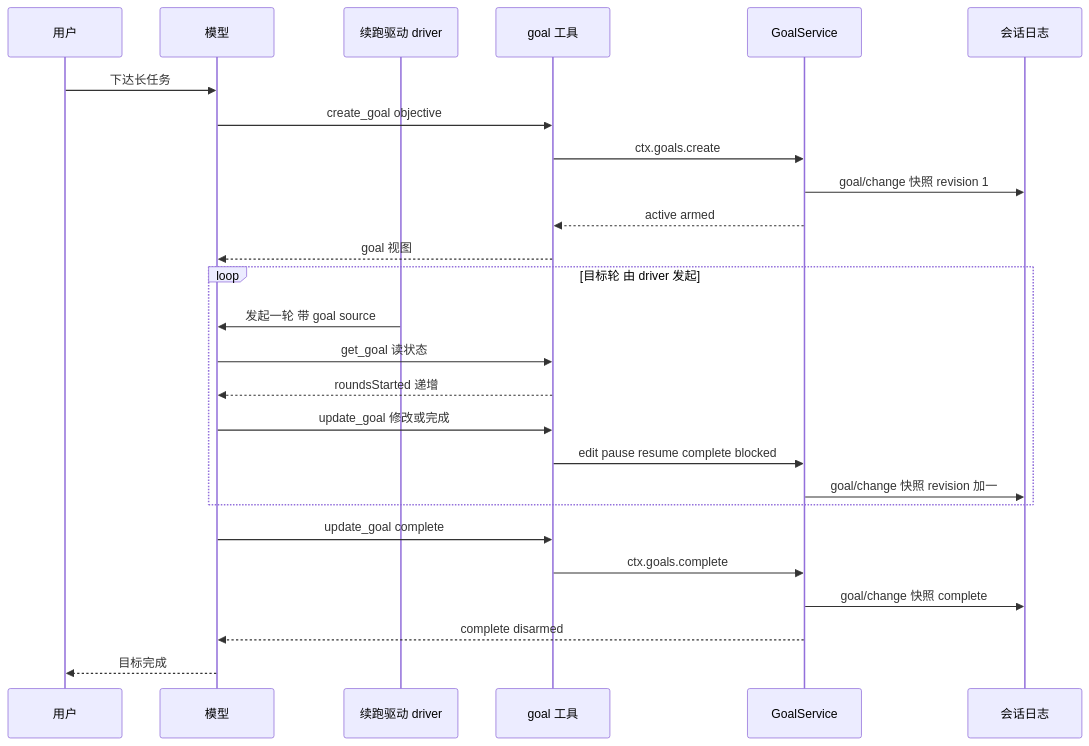
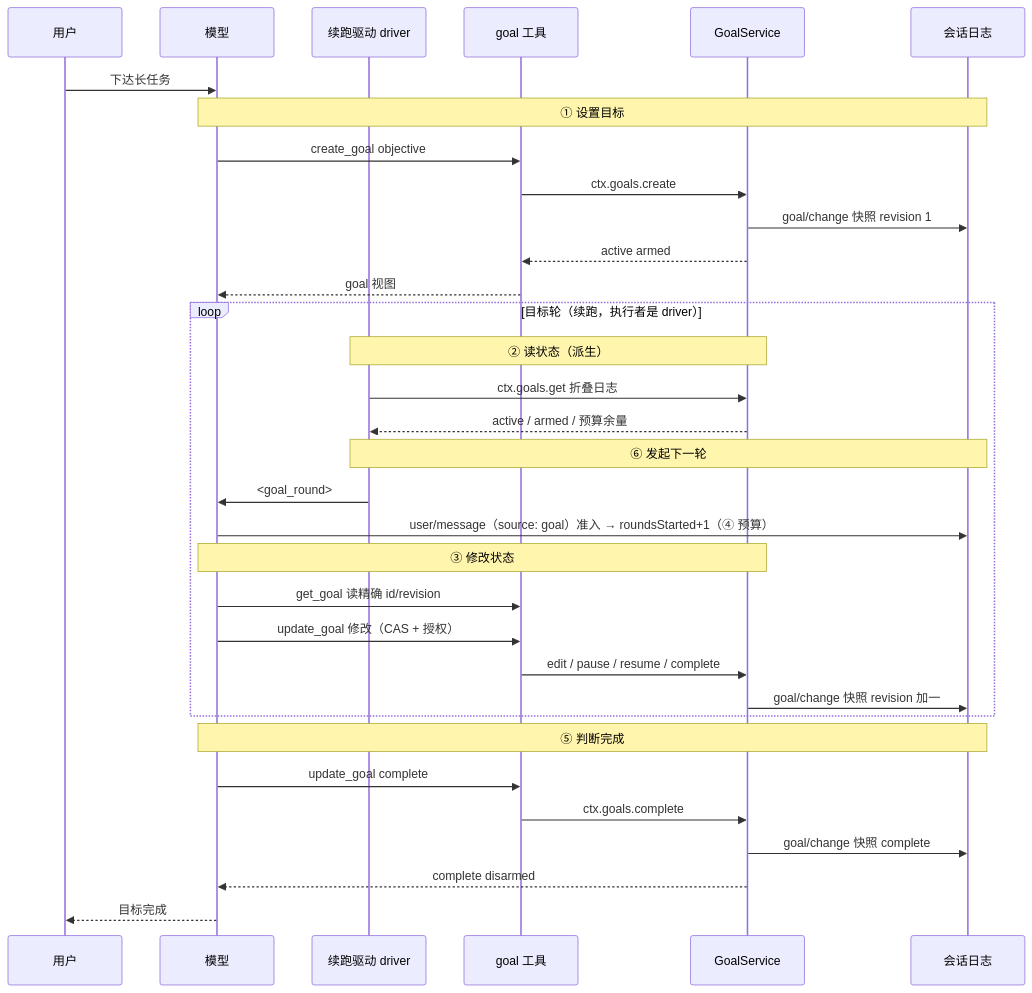
One commit to kakaCat/learn-dh changed the first of 5 diagrams in 04-实现/blog-20-goal/blog.md. Above: the diagram before and after it, drawn with Mermaid. The commit also changed other lines of this file and 43 other files, not shown here.

````diff
--- a/04-实现/blog-20-goal/blog.md
+++ b/04-实现/blog-20-goal/blog.md
@@ -79,31 +120,38 @@
 ```mermaid
 sequenceDiagram
     participant U as 用户
     participant M as 模型
     participant D as 续跑驱动 driver
     participant T as goal 工具
     participant S as GoalService
     participant L as 会话日志
 
     U->>M: 下达长任务
+    Note over M,L: ① 设置目标
     M->>T: create_goal objective
     T->>S: ctx.goals.create
     S->>L: goal/change 快照 revision 1
     S-->>T: active armed
     T-->>M: goal 视图
 
-    loop 目标轮 由 driver 发起
-        D->>M: 发起一轮 带 goal source
-        M->>T: get_goal 读状态
-        T-->>M: roundsStarted 递增
-        M->>T: update_goal 修改或完成
-        T->>S: edit pause resume complete blocked
+    loop 目标轮（续跑，执行者是 driver）
+        Note over D,S: ② 读状态（派生）
+        D->>S: ctx.goals.get 折叠日志
+        S-->>D: active / armed / 预算余量
+        Note over D,L: ⑥ 发起下一轮
+        D->>M: <goal_round>
+        M->>L: user/message（source: goal）准入 → roundsStarted+1（④ 预算）
+        Note over M,S: ③ 修改状态
+        M->>T: get_goal 读精确 id/revision
+        M->>T: update_goal 修改（CAS + 授权）
+        T->>S: edit / pause / resume / complete
         S->>L: goal/change 快照 revision 加一
     end
 
+    Note over M,L: ⑤ 判断完成
     M->>T: update_goal complete
     T->>S: ctx.goals.complete
     S->>L: goal/change 快照 complete
     S-->>M: complete disarmed
     M-->>U: 目标完成
 ```
````
